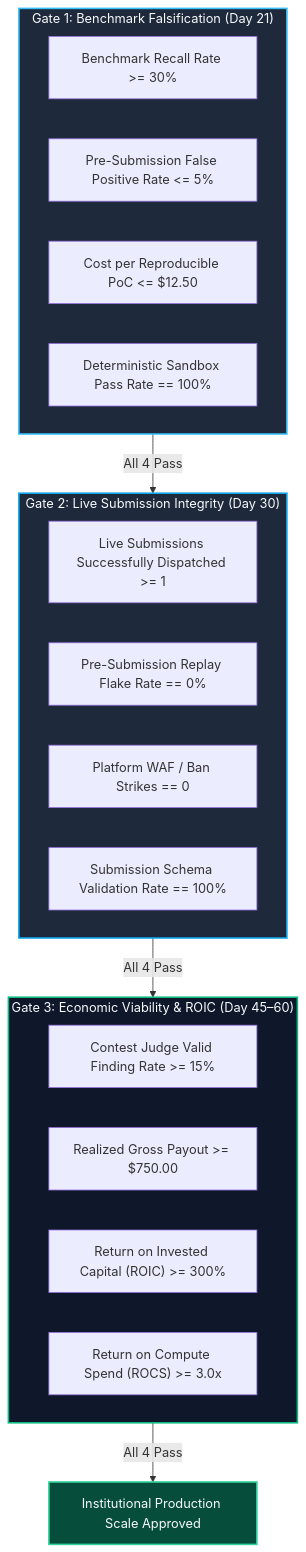
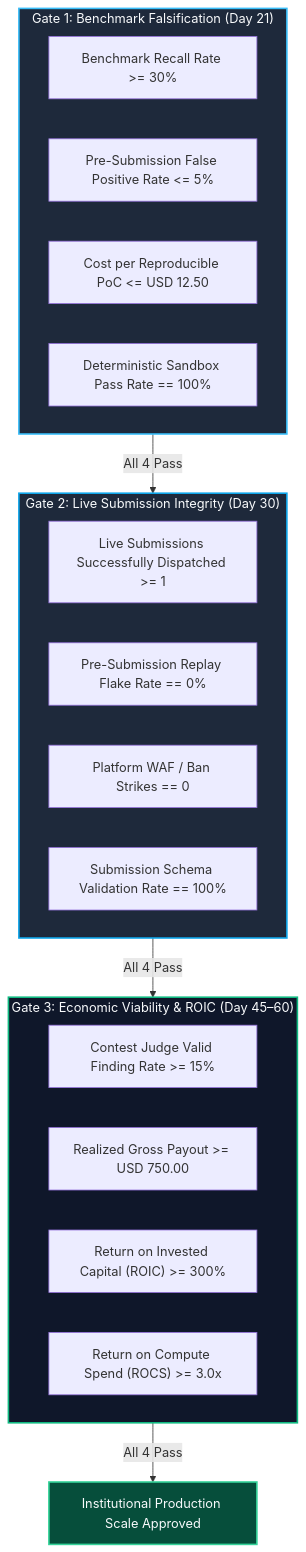
Before and after one commit to x-TheFox/Autonomous-Opportunity-Arbitrage-Engine: the third of 4 diagrams in docs/10_mvp_validation_and_decision_gates.md, drawn with Mermaid. The commit also changed other lines of this file and 11 other files, not shown here.

````diff
--- a/docs/10_mvp_validation_and_decision_gates.md
+++ b/docs/10_mvp_validation_and_decision_gates.md
@@ -160,32 +160,32 @@
 ```mermaid
 flowchart TD
     subgraph Gate_1["Gate 1: Benchmark Falsification (Day 21)"]
         G1_M1["Benchmark Recall Rate >= 30%"]
         G1_M2["Pre-Submission False Positive Rate <= 5%"]
-        G1_M3["Cost per Reproducible PoC <= $12.50"]
+        G1_M3["Cost per Reproducible PoC <= USD 12.50"]
         G1_M4["Deterministic Sandbox Pass Rate == 100%"]
     end
 
     subgraph Gate_2["Gate 2: Live Submission Integrity (Day 30)"]
         G2_M1["Live Submissions Successfully Dispatched >= 1"]
         G2_M2["Pre-Submission Replay Flake Rate == 0%"]
         G2_M3["Platform WAF / Ban Strikes == 0"]
         G2_M4["Submission Schema Validation Rate == 100%"]
     end
 
     subgraph Gate_3["Gate 3: Economic Viability & ROIC (Day 45–60)"]
         G3_M1["Contest Judge Valid Finding Rate >= 15%"]
-        G3_M2["Realized Gross Payout >= $750.00"]
+        G3_M2["Realized Gross Payout >= USD 750.00"]
         G3_M3["Return on Invested Capital (ROIC) >= 300%"]
         G3_M4["Return on Compute Spend (ROCS) >= 3.0x"]
     end
 
     Gate_1 -->|All 4 Pass| Gate_2
     Gate_2 -->|All 4 Pass| Gate_3
     Gate_3 -->|All 4 Pass| FULL_SCALE[Institutional Production Scale Approved]
 
     style Gate_1 fill:#1e293b,stroke:#38bdf8,stroke-width:2px,color:#f8fafc
     style Gate_2 fill:#1e293b,stroke:#0ea5e9,stroke-width:2px,color:#f8fafc
     style Gate_3 fill:#0f172a,stroke:#10b981,stroke-width:2px,color:#f8fafc
     style FULL_SCALE fill:#064e3b,stroke:#34d399,stroke-width:2px,color:#f8fafc
 ```
````
